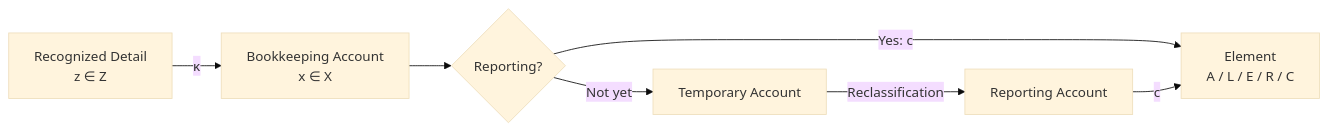
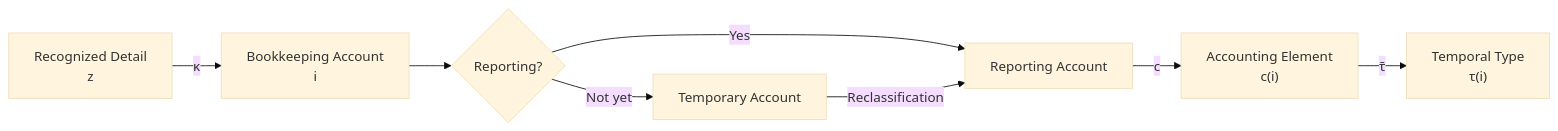
One commit to niikei/accounting-state-model changed the third of 3 diagrams in theory/04-accounts-and-classification.md. Above: the diagram before and after it, drawn with Mermaid (base theme). The commit also changed other lines of this file and 5 other files, not shown here.

````diff
--- a/theory/04-accounts-and-classification.md
+++ b/theory/04-accounts-and-classification.md
@@ -97,14 +647,27 @@
 ```mermaid
 flowchart LR
-    DETAIL["Recognized Detail<br/>z ∈ Z"]
-    ACCOUNT["Bookkeeping Account<br/>x ∈ X"]
+    DETAIL["Recognized Detail<br/>z"]
+
+    ACCOUNT["Bookkeeping Account<br/>i"]
+
     ROLE{"Reporting?"}
+
     TEMP["Temporary Account"]
+
     REPORT["Reporting Account"]
-    ELEMENT["Element<br/>A / L / E / R / C"]
 
-    DETAIL -->|"κ"| ACCOUNT --> ROLE
-    ROLE -->|"Yes: c"| ELEMENT
+    ELEMENT["Accounting Element<br/>c(i)"]
+
+    TYPE["Temporal Type<br/>τ(i)"]
+
+    DETAIL -->|"κ"| ACCOUNT
+    ACCOUNT --> ROLE
+
+    ROLE -->|"Yes"| REPORT
     ROLE -->|"Not yet"| TEMP
-    TEMP -->|"Reclassification"| REPORT -->|"c"| ELEMENT
+
+    TEMP -->|"Reclassification"| REPORT
+
+    REPORT -->|"c"| ELEMENT
+    ELEMENT -->|"τ̄"| TYPE
 ```
````
